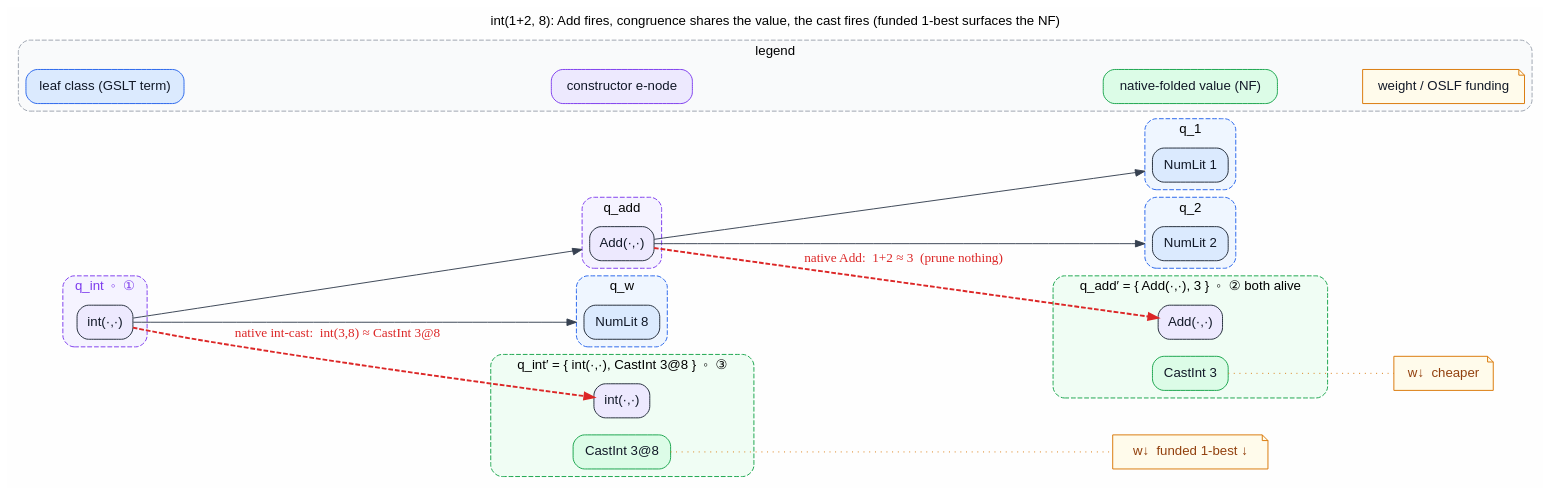
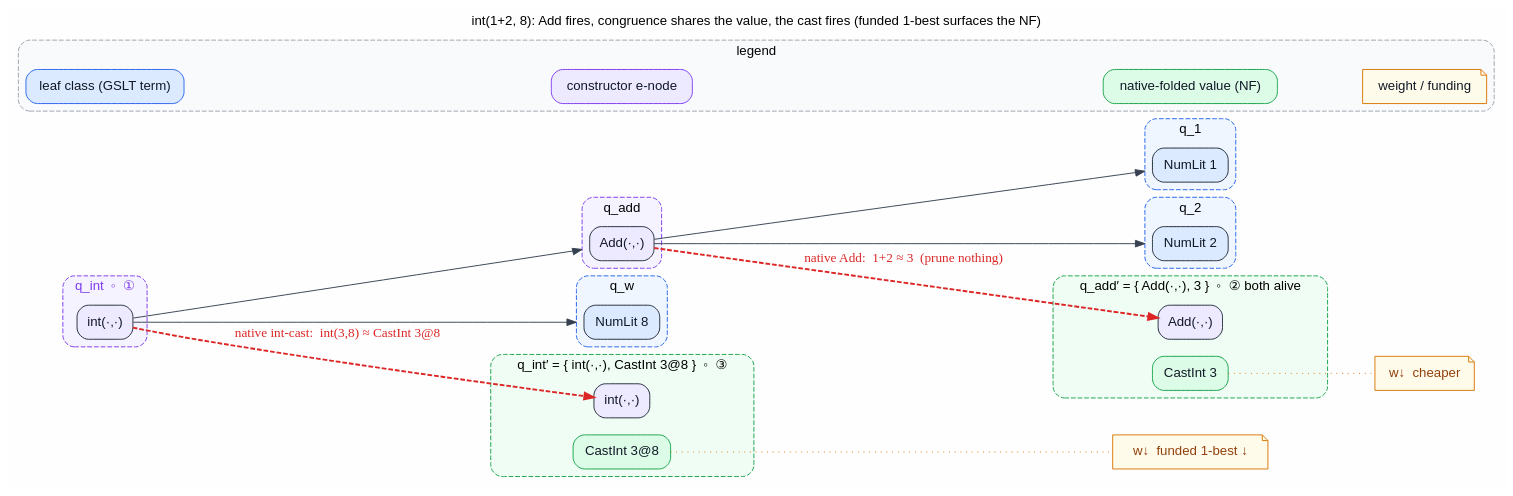
Before and after one commit to F1R3FLY-io/mettail-rust: the diagram in docs/design/dovetail-engine/figures/12-egraph-int-fold.dot, drawn with Graphviz. The commit also changed 90 other files, not shown here.

```diff
--- a/docs/design/dovetail-engine/figures/12-egraph-int-fold.dot
+++ b/docs/design/dovetail-engine/figures/12-egraph-int-fold.dot
@@ -1,63 +1,63 @@
 /*
  * egg-style e-graph term-DAG: the nested fold `int(1+2, 8)` reducing inside
- * OSLF-funded saturation, in three snapshots (left → right).
+ * funding-gated saturation, in three snapshots (left → right).
  *   dashed rounded box  = e-class (an equivalence class of provably-equal terms)
  *   solid box           = e-node  (a labeled operator over child e-classes)
  *   solid edge          = child-class reference
  *   red dashed edge     = a native fold firing (records an equality, prunes nothing)
  * A folded class holds BOTH the redex e-node AND its value e-node (both alive).
  * Render: dot -Tsvg 12-egraph-int-fold.dot -o 12-egraph-int-fold.svg
  */
 digraph int_fold {
   graph [compound=true, rankdir=LR, bgcolor="#FEFEFE", fontname="Helvetica", labelloc="t",
          label="int(1+2, 8): Add fires, congruence shares the value, the cast fires (funded 1-best surfaces the NF)"];
   node  [shape=box, style="rounded,filled", fontname="Helvetica", color="#1F2937", fontcolor="#111827"];
   edge  [color="#374151"];
 
   /* ───────────── ① Seeded: int(Add(1,2), 8) ───────────── */
   subgraph cluster_int1 {
     label="q_int  ◦  ①"; style="rounded,dashed"; color="#7C3AED"; fontcolor="#7C3AED"; bgcolor="#F5F3FF";
     n_int1 [label="int(·,·)", fillcolor="#EDE9FE"];
   }
   subgraph cluster_add1 {
     label="q_add"; style="rounded,dashed"; color="#7C3AED"; bgcolor="#F5F3FF";
     n_add1 [label="Add(·,·)", fillcolor="#EDE9FE"];
   }
   subgraph cluster_1 { label="q_1"; style="rounded,dashed"; color="#2563EB"; bgcolor="#EFF6FF"; n_1 [label="NumLit 1", fillcolor="#DBEAFE"]; }
   subgraph cluster_2 { label="q_2"; style="rounded,dashed"; color="#2563EB"; bgcolor="#EFF6FF"; n_2 [label="NumLit 2", fillcolor="#DBEAFE"]; }
   subgraph cluster_w { label="q_w"; style="rounded,dashed"; color="#2563EB"; bgcolor="#EFF6FF"; n_w [label="NumLit 8", fillcolor="#DBEAFE"]; }
   n_int1 -> n_add1 [lhead=cluster_add1];
   n_int1 -> n_w    [lhead=cluster_w];
   n_add1 -> n_1    [lhead=cluster_1];
   n_add1 -> n_2    [lhead=cluster_2];
 
   /* ───────────── ② After native Add fires: q_add ≈ 3 ───────────── */
   subgraph cluster_add2 {
     label="q_add′ = { Add(·,·), 3 }  ◦  ② both alive"; style="rounded,dashed"; color="#16A34A"; bgcolor="#F0FDF4";
     n_add2  [label="Add(·,·)", fillcolor="#EDE9FE"];
     n_three [label="CastInt 3", fillcolor="#DCFCE7", color="#16A34A"];
   }
   w_add [label="w↓  cheaper", shape=note, fillcolor="#FFFBEB", color="#D97706", fontcolor="#92400E"];
   n_add1 -> n_add2 [style=dashed, color="#DC2626", penwidth=2.0, label=" native Add:  1+2 ≈ 3  (prune nothing) ", fontcolor="#DC2626"];
   n_three -> w_add [style=dotted, color="#D97706", arrowhead=none];
 
   /* ───────────── ③ Congruence + native cast fires: int(3,8) ≈ CastInt(3@8) ───────────── */
   subgraph cluster_int3 {
     label="q_int′ = { int(·,·), CastInt 3@8 }  ◦  ③"; style="rounded,dashed"; color="#16A34A"; bgcolor="#F0FDF4";
     n_int3 [label="int(·,·)", fillcolor="#EDE9FE"];
     n_cast [label="CastInt 3@8", fillcolor="#DCFCE7", color="#16A34A"];
   }
   w_int [label="w↓  funded 1-best ↓", shape=note, fillcolor="#FFFBEB", color="#D97706", fontcolor="#92400E"];
   n_int1 -> n_int3 [style=dashed, color="#DC2626", penwidth=2.0, label=" native int-cast:  int(3,8) ≈ CastInt 3@8 ", fontcolor="#DC2626"];
   n_cast -> w_int  [style=dotted, color="#D97706", arrowhead=none];
 
   /* ───────────── legend ───────────── */
   subgraph cluster_legend {
     label="legend"; style="rounded,dashed"; color="#9CA3AF"; bgcolor="#F9FAFB";
     lg_leaf  [label="leaf class (GSLT term)", fillcolor="#DBEAFE", color="#2563EB"];
     lg_ctor  [label="constructor e-node", fillcolor="#EDE9FE", color="#7C3AED"];
     lg_nf    [label="native-folded value (NF)", fillcolor="#DCFCE7", color="#16A34A"];
-    lg_w     [label="weight / OSLF funding", shape=note, fillcolor="#FFFBEB", color="#D97706"];
+    lg_w     [label="weight / funding", shape=note, fillcolor="#FFFBEB", color="#D97706"];
     lg_leaf -> lg_ctor [style=invis]; lg_ctor -> lg_nf [style=invis]; lg_nf -> lg_w [style=invis];
   }
 }
```
